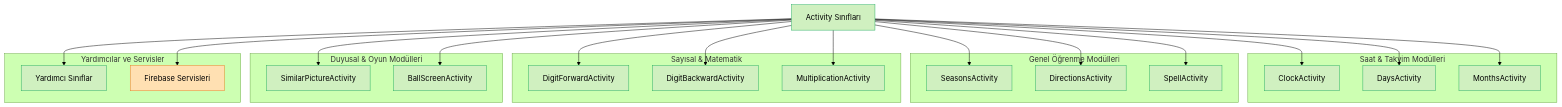
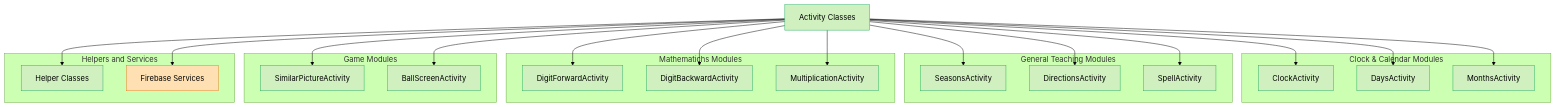
One commit to ersel271/cmp2004-doc changed the third of 5 diagrams in README.md. Above: the diagram before and after it, drawn with Mermaid (forest theme). The commit also changed other lines of this file, not shown here.

````diff
--- a/README.md
+++ b/README.md
@@ -607,53 +531,53 @@
 ```mermaid
 flowchart TB
     classDef android fill:#d0f0c0,stroke:#27ae60,color:#000;
     classDef firebase fill:#ffe0b2,stroke:#e67e22,color:#000;
 
-    UI[Activity Sınıfları]:::android
+    UI[Activity Classes]:::android
 
-    subgraph Saat & Takvim Modülleri
+    subgraph Clock & Calendar Modules
         Clock[ClockActivity]:::android
         Days[DaysActivity]:::android
         Months[MonthsActivity]:::android
     end
 
-    subgraph Genel Öğrenme Modülleri
+    subgraph General Teaching Modules
         Seasons[SeasonsActivity]:::android
         Directions[DirectionsActivity]:::android
         Spell[SpellActivity]:::android
     end
 
-    subgraph Sayısal & Matematik
+    subgraph Mathematichs Modules
         Forward[DigitForwardActivity]:::android
         Backward[DigitBackwardActivity]:::android
         Multiply[MultiplicationActivity]:::android
     end
 
-    subgraph Duyusal & Oyun Modülleri
+    subgraph Game Modules
         Match[SimilarPictureActivity]:::android
         Eye[BallScreenActivity]:::android
     end
 
-    subgraph Yardımcılar ve Servisler
-        HELPERS[Yardımcı Sınıflar]:::android
-        FIREBASE[Firebase Servisleri]:::firebase
+    subgraph Helpers and Services
+        HELPERS[Helper Classes]:::android
+        FIREBASE[Firebase Services]:::firebase
     end
 
     UI --> Clock
     UI --> Days
     UI --> Months
 
     UI --> Seasons
     UI --> Directions
     UI --> Spell
 
     UI --> Forward
     UI --> Backward
     UI --> Multiply
 
     UI --> Match
     UI --> Eye
 
     UI --> HELPERS
     UI --> FIREBASE
 ```
````
